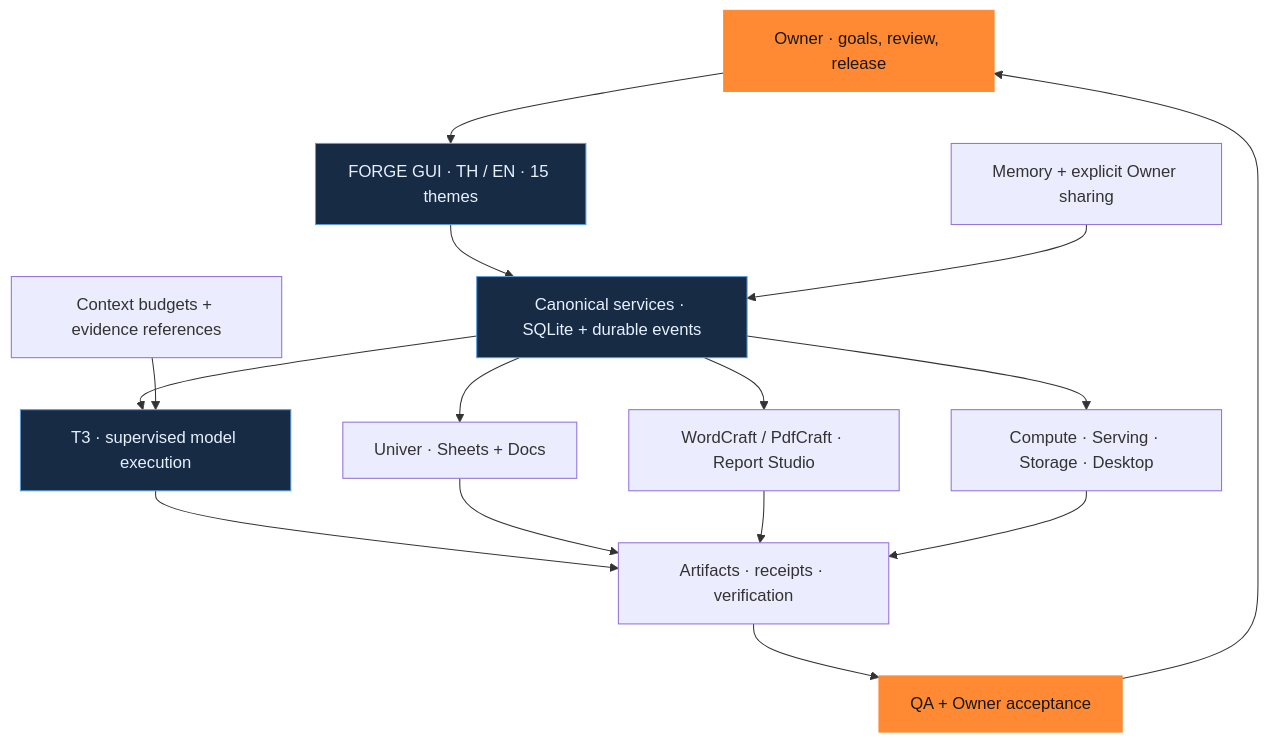
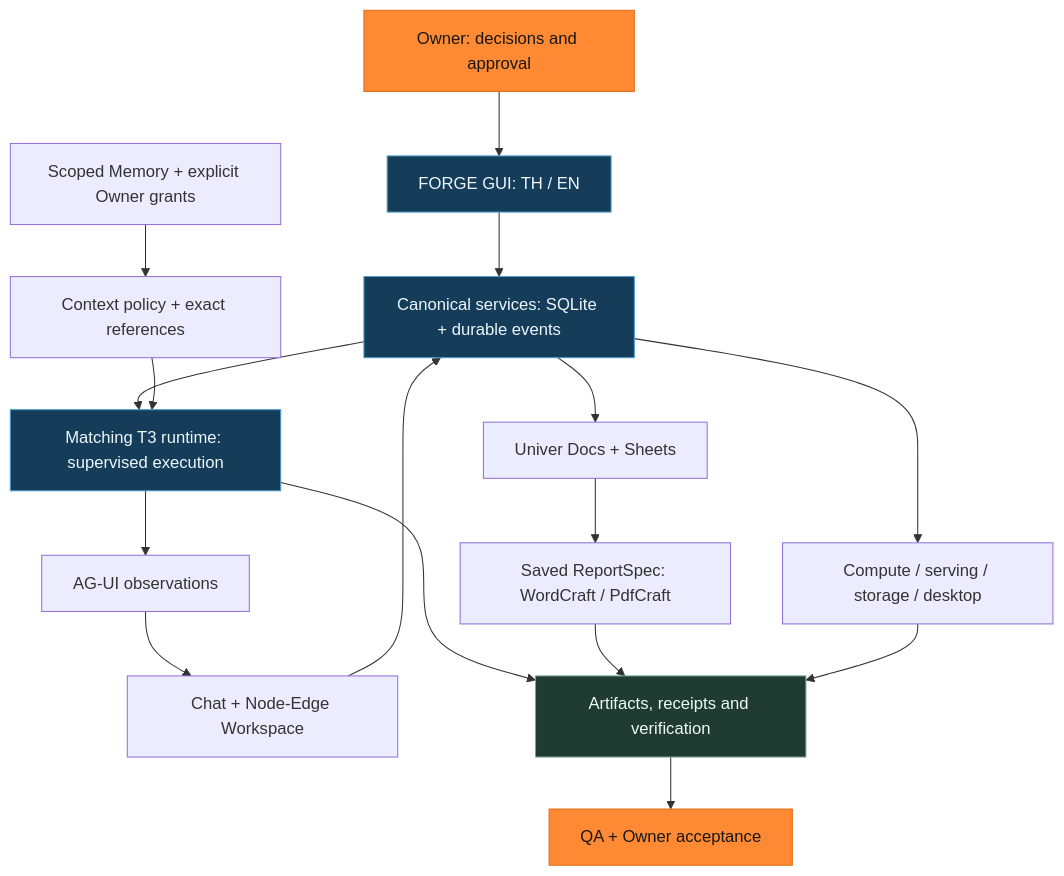
The second of 2 diagrams in README.md (siriponsri/forge-agents), drawn with Mermaid before and after one commit. The commit also changed other lines of this file and 5 other files, not shown here.

````diff
--- a/README.md
+++ b/README.md
@@ -39,21 +181,24 @@
 ```mermaid
 flowchart TB
-  owner["Owner · goals, review, release"] --> gui["FORGE GUI · TH / EN · 15 themes"]
-  gui --> core["Canonical services · SQLite + durable events"]
-  core --> t3["T3 · supervised model execution"]
-  core --> office["Univer · Sheets + Docs"]
-  core --> reports["WordCraft / PdfCraft · Report Studio"]
-  core --> adapters["Compute · Serving · Storage · Desktop"]
-  memory["Memory + explicit Owner sharing"] --> core
-  context["Context budgets + evidence references"] --> t3
-  t3 --> evidence["Artifacts · receipts · verification"]
-  office --> evidence
-  reports --> evidence
-  adapters --> evidence
-  evidence --> review["QA + Owner acceptance"]
-  review --> owner
-  classDef owner fill:#ff8a33,color:#171717,stroke:#ff8a33;
-  classDef core fill:#172b45,color:#e7f0ff,stroke:#5b9cdb;
-  class owner,review owner;
-  class gui,core,t3 core;
+  Owner["Owner: decisions and approval"] --> GUI["FORGE GUI: TH / EN"]
+  GUI --> Core["Canonical services: SQLite + durable events"]
+  Core --> T3["Matching T3 runtime: supervised execution"]
+  T3 --> State["AG-UI observations"]
+  State --> Chat["Chat + Node-Edge Workspace"]
+  Chat --> Core
+  Core --> Office["Univer Docs + Sheets"]
+  Office --> Reports["Saved ReportSpec: WordCraft / PdfCraft"]
+  Core --> Adapters["Compute / serving / storage / desktop"]
+  Memory["Scoped Memory + explicit Owner grants"] --> Context["Context policy + exact references"]
+  Context --> T3
+  T3 --> Evidence["Artifacts, receipts and verification"]
+  Reports --> Evidence
+  Adapters --> Evidence
+  Evidence --> Review["QA + Owner acceptance"]
+  classDef owner fill:#ff8a33,color:#171717,stroke:#e46c14;
+  classDef core fill:#153c58,color:#edf6ff,stroke:#4f9bcc;
+  classDef evidence fill:#203b32,color:#edf9f2,stroke:#76a88e;
+  class Owner,Review owner;
+  class GUI,Core,T3 core;
+  class Evidence evidence;
 ```
````
